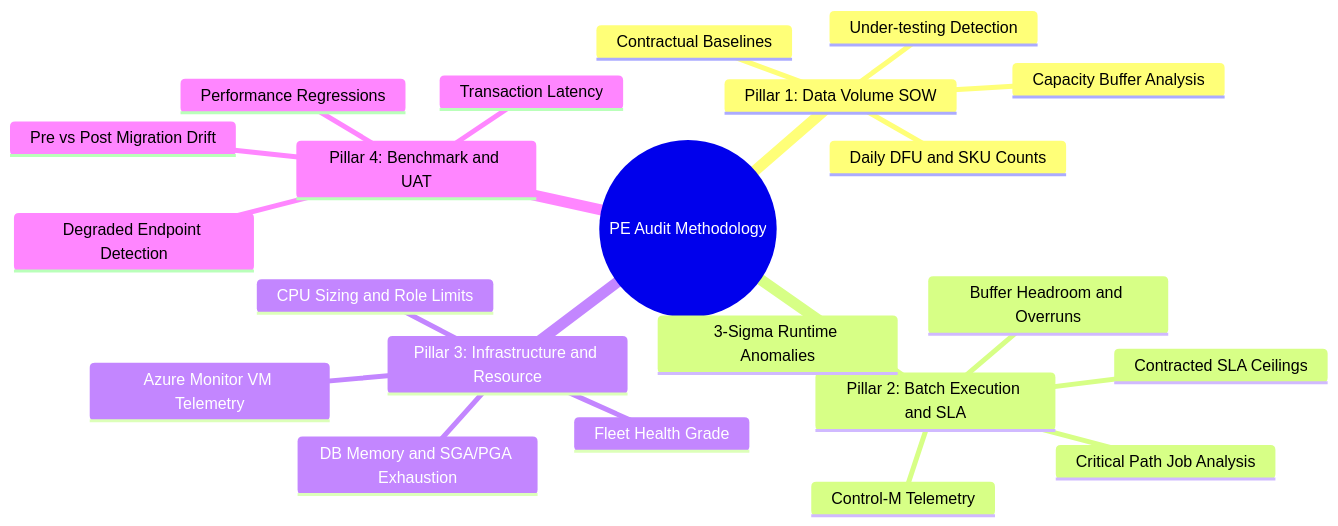
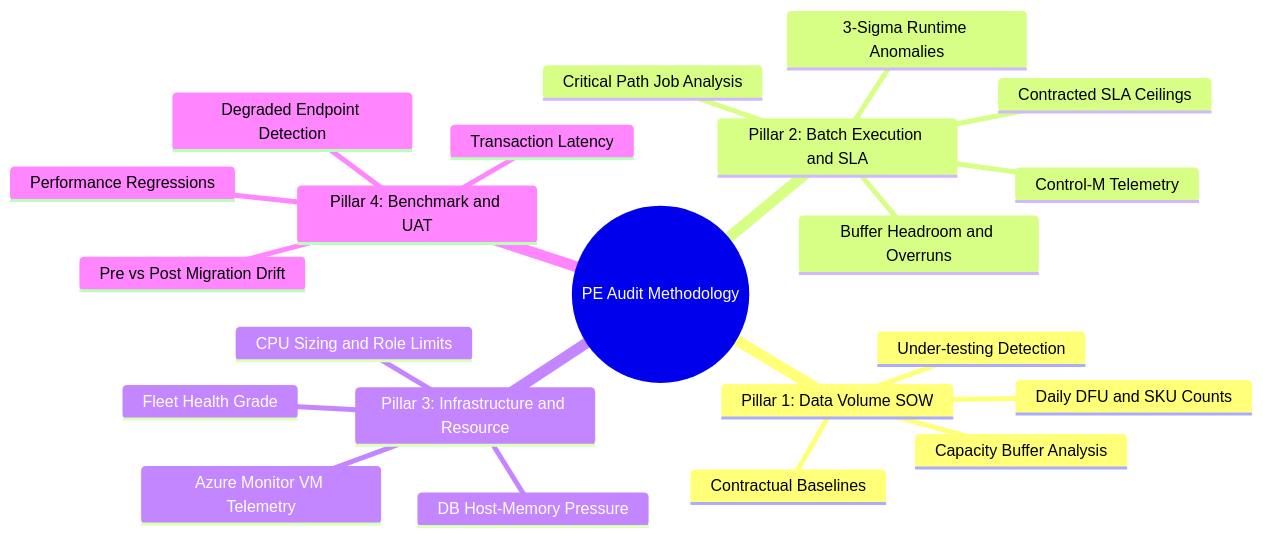
Before and after one commit to ayum321/PE_Dashboard: the first of 3 diagrams in README.md, drawn with Mermaid. The commit also changed other lines of this file and 10 other files, not shown here.

````diff
--- a/README.md
+++ b/README.md
@@ -69,25 +69,25 @@
 ```mermaid
 mindmap
   root((PE Audit Methodology))
     Pillar 1: Data Volume SOW
       Contractual Baselines
       Daily DFU and SKU Counts
       Capacity Buffer Analysis
       Under-testing Detection
     Pillar 2: Batch Execution and SLA
       Control-M Telemetry
       Contracted SLA Ceilings
       Buffer Headroom and Overruns
       3-Sigma Runtime Anomalies
       Critical Path Job Analysis
     Pillar 3: Infrastructure and Resource
       Azure Monitor VM Telemetry
-      DB Memory and SGA/PGA Exhaustion
+      DB Host-Memory Pressure
       CPU Sizing and Role Limits
       Fleet Health Grade
     Pillar 4: Benchmark and UAT
       Transaction Latency
       Degraded Endpoint Detection
       Pre vs Post Migration Drift
       Performance Regressions
 ```
````
